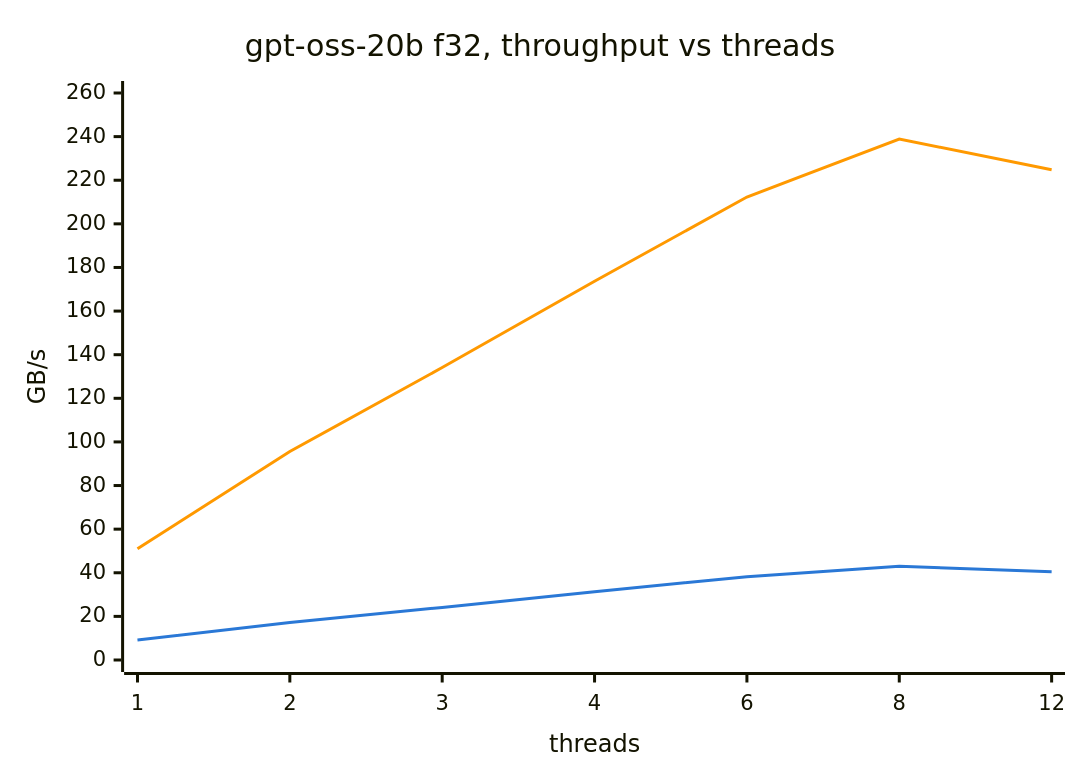
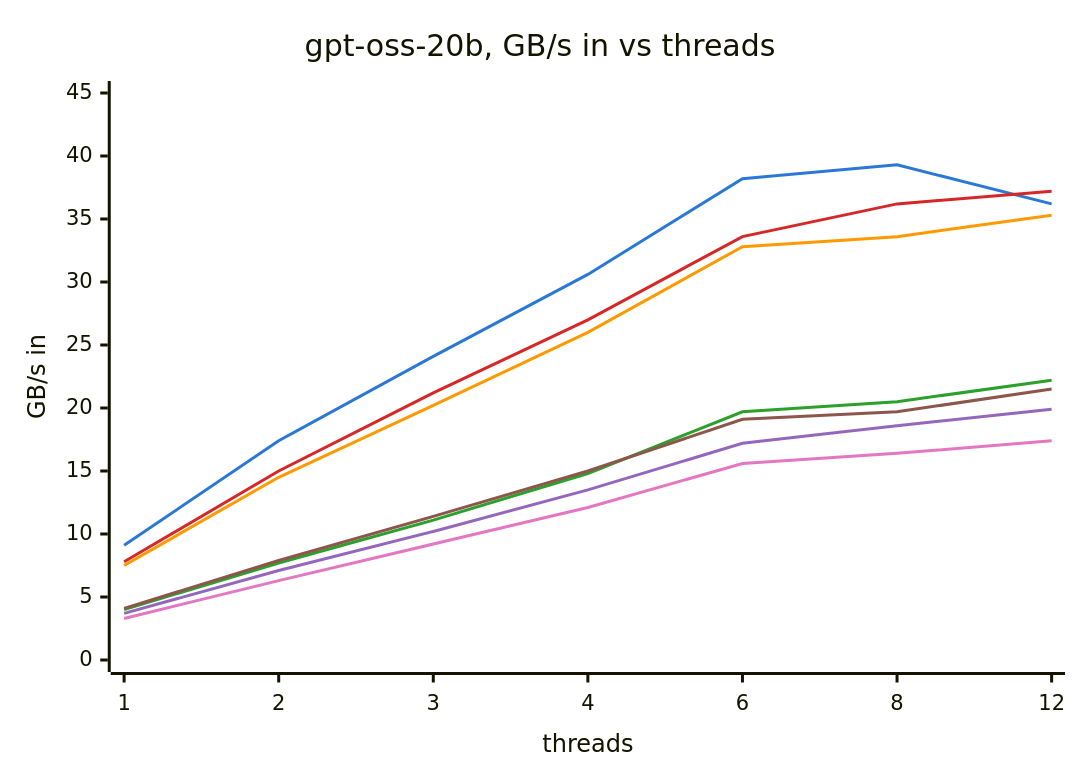
Before and after one commit to fior512/dequant: the diagram in README.md, drawn with Mermaid. The commit also changed other lines of this file and 23 other files, not shown here.

````diff
--- a/README.md
+++ b/README.md
@@ -85,9 +94,14 @@
 ```mermaid
-%%{init: {"themeVariables": {"xyChart": {"plotColorPalette": "#2a78d6, #FF9900"}}}}%%
+%%{init: {"themeVariables": {"xyChart": {"plotColorPalette": "#2a78d6, #FF9900, #2ca02c, #d62728, #9467bd, #8c564b, #e377c2"}}}}%%
 xychart-beta
-    title "gpt-oss-20b f32, throughput vs threads"
+    title "gpt-oss-20b, GB/s in vs threads"
     x-axis "threads" ["1", "2", "3", "4", "6", "8", "12"]
-    y-axis "GB/s" 0 --> 260
-    line [9.2, 17.2, 24.1, 31.3, 38.2, 43.0, 40.5]
-    line [51.0, 95.6, 134.1, 173.7, 212.3, 238.9, 224.8]
+    y-axis "GB/s in" 0 --> 45
+    line [9.1, 17.4, 24.1, 30.6, 38.2, 39.3, 36.2]
+    line [7.5, 14.5, 20.2, 26.0, 32.8, 33.6, 35.3]
+    line [4.0, 7.7, 11.1, 14.8, 19.7, 20.5, 22.2]
+    line [7.8, 15.0, 21.2, 27.0, 33.6, 36.2, 37.2]
+    line [3.7, 7.1, 10.2, 13.5, 17.2, 18.6, 19.9]
+    line [4.1, 7.9, 11.4, 15.0, 19.1, 19.7, 21.5]
+    line [3.3, 6.3, 9.2, 12.1, 15.6, 16.4, 17.4]
 ```
````
